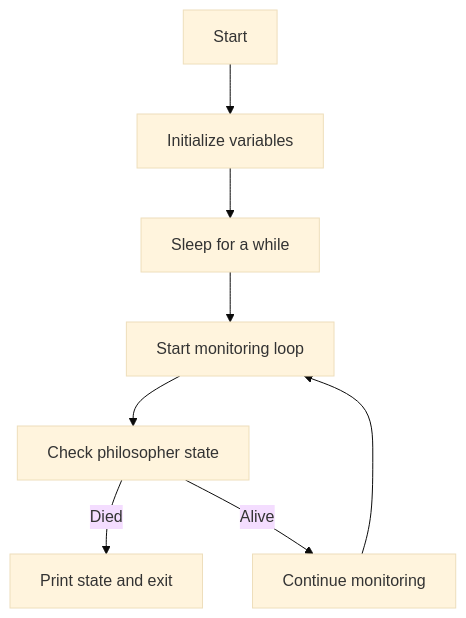
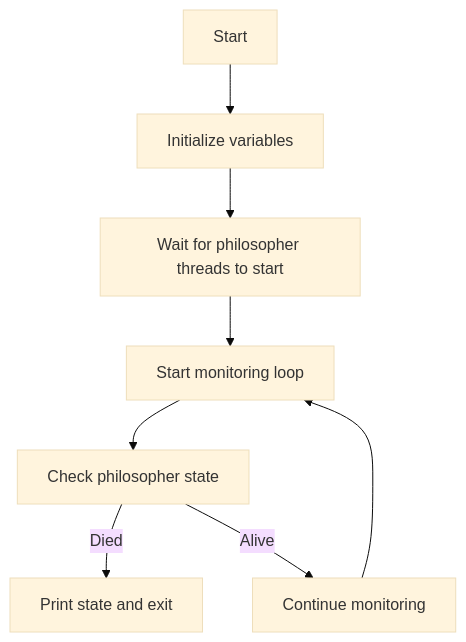
The fourth of 4 diagrams in README.md (nijesmik/Philosophers), drawn with Mermaid (base theme) before and after one commit. The commit also changed other lines of this file, not shown here.

````diff
--- a/README.md
+++ b/README.md
@@ -159,10 +171,10 @@
 ```mermaid
 graph TD
     A[Start] --> B[Initialize variables]
-    B --> C[Sleep for a while]
+    B --> C[Wait for philosopher threads to start]
     C --> D[Start monitoring loop]
     D --> E[Check philosopher state]
     E -->|Died| F[Print state and exit]
     E -->|Alive| G[Continue monitoring]
     G --> D
 ```
````
